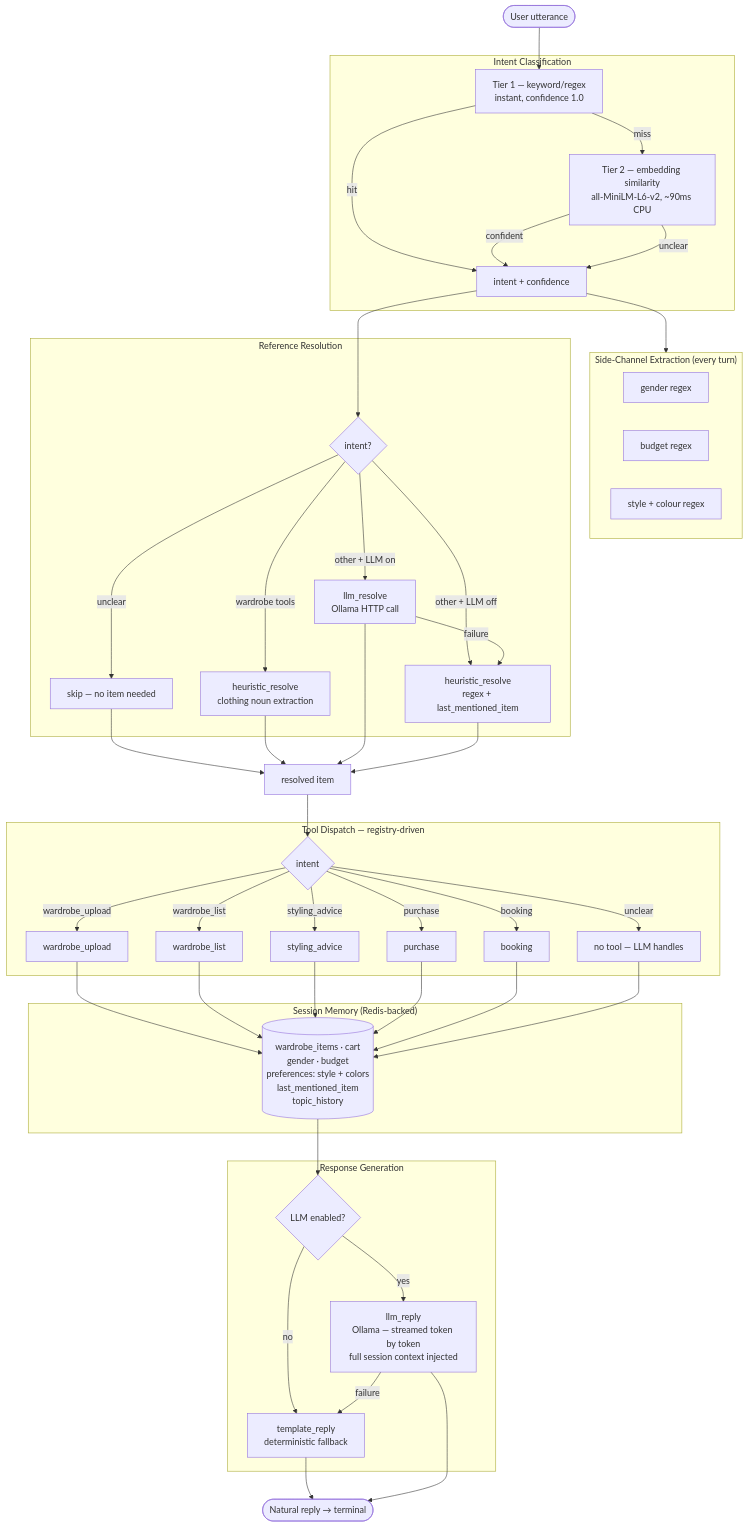
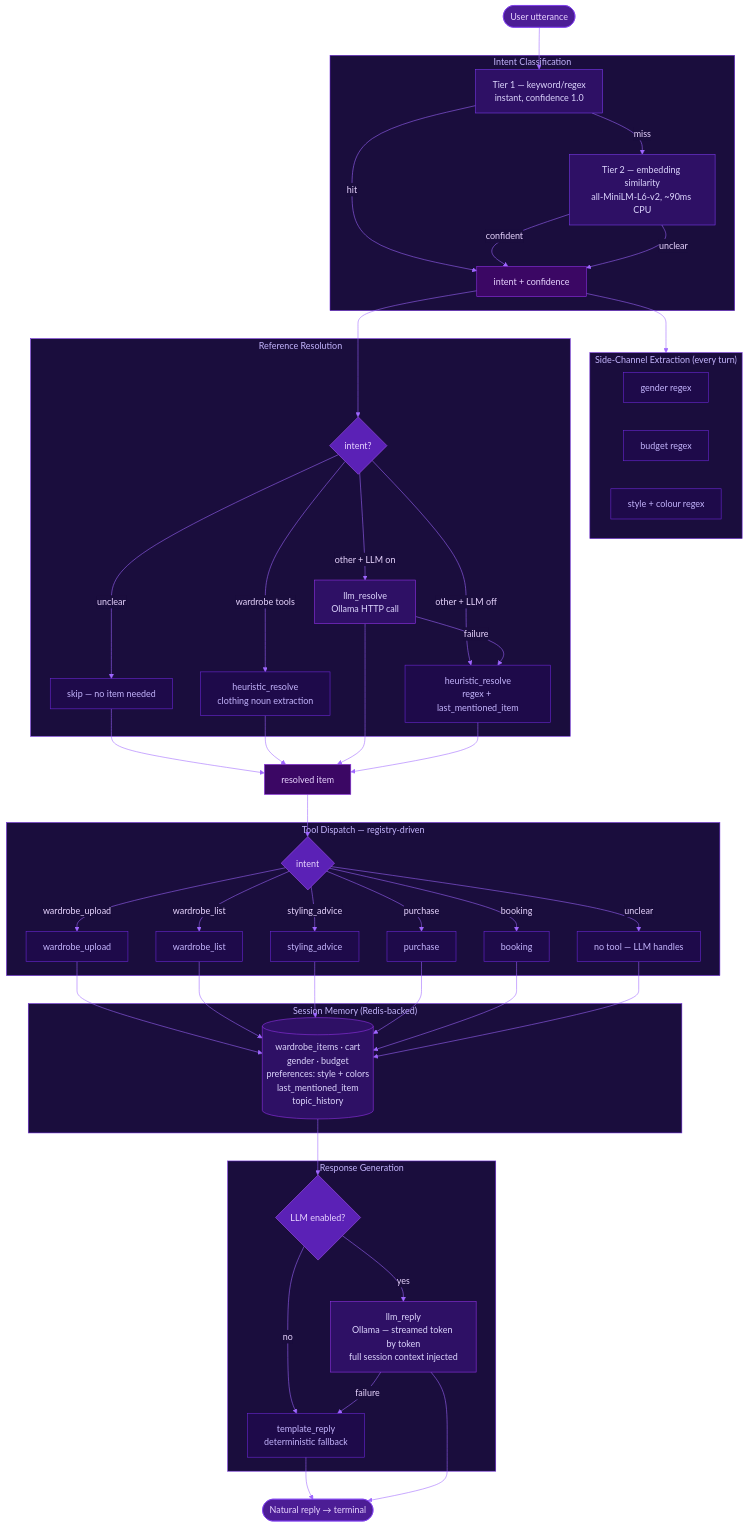
One commit to sarangKP/Mr_Shop changed the diagram in README.md. Above: the diagram before and after it, drawn with Mermaid.

Commit message:
Latest Build

````diff
--- a/README.md
+++ b/README.md
@@ -96,4 +96,21 @@
 ```mermaid
+%%{init: {'theme': 'base', 'themeVariables': {
+  'primaryColor': '#2d1b69',
+  'primaryTextColor': '#e8d5ff',
+  'primaryBorderColor': '#7c3aed',
+  'lineColor': '#9f67ff',
+  'secondaryColor': '#1e1040',
+  'tertiaryColor': '#16082e',
+  'background': '#0f0520',
+  'mainBkg': '#2d1b69',
+  'nodeBorder': '#7c3aed',
+  'clusterBkg': '#1a0d3d',
+  'clusterBorder': '#6d28d9',
+  'titleColor': '#c4b5fd',
+  'edgeLabelBackground': '#1a0d3d',
+  'attributeBackgroundColorOdd': '#2d1b69',
+  'attributeBackgroundColorEven': '#1e1040'
+}}}%%
 flowchart TD
     A([User utterance]) --> B
 
@@ -155,4 +172,30 @@
 
     N --> O([Natural reply → terminal])
     M --> O
+
+    style A fill:#4c1d95,stroke:#7c3aed,color:#e8d5ff
+    style O fill:#4c1d95,stroke:#7c3aed,color:#e8d5ff
+    style D fill:#3b0764,stroke:#9333ea,color:#e8d5ff
+    style H fill:#3b0764,stroke:#9333ea,color:#e8d5ff
+    style E fill:#5b21b6,stroke:#a855f7,color:#e8d5ff
+    style I fill:#5b21b6,stroke:#a855f7,color:#e8d5ff
+    style L fill:#5b21b6,stroke:#a855f7,color:#e8d5ff
+    style B fill:#2e1065,stroke:#7c3aed,color:#ddd6fe
+    style C fill:#2e1065,stroke:#7c3aed,color:#ddd6fe
+    style SC1 fill:#1e0a4a,stroke:#6d28d9,color:#c4b5fd
+    style SC2 fill:#1e0a4a,stroke:#6d28d9,color:#c4b5fd
+    style SC3 fill:#1e0a4a,stroke:#6d28d9,color:#c4b5fd
+    style E0 fill:#1e0a4a,stroke:#6d28d9,color:#c4b5fd
+    style E1 fill:#1e0a4a,stroke:#6d28d9,color:#c4b5fd
+    style F fill:#2e1065,stroke:#9333ea,color:#ddd6fe
+    style G fill:#1e0a4a,stroke:#6d28d9,color:#c4b5fd
+    style J1 fill:#1e0a4a,stroke:#6d28d9,color:#c4b5fd
+    style J2 fill:#1e0a4a,stroke:#6d28d9,color:#c4b5fd
+    style J3 fill:#1e0a4a,stroke:#6d28d9,color:#c4b5fd
+    style J4 fill:#1e0a4a,stroke:#6d28d9,color:#c4b5fd
+    style J5 fill:#1e0a4a,stroke:#6d28d9,color:#c4b5fd
+    style J6 fill:#1e0a4a,stroke:#6d28d9,color:#c4b5fd
+    style K fill:#2e1065,stroke:#9333ea,color:#ddd6fe
+    style M fill:#2e1065,stroke:#9333ea,color:#ddd6fe
+    style N fill:#1e0a4a,stroke:#6d28d9,color:#c4b5fd
 ```
````
